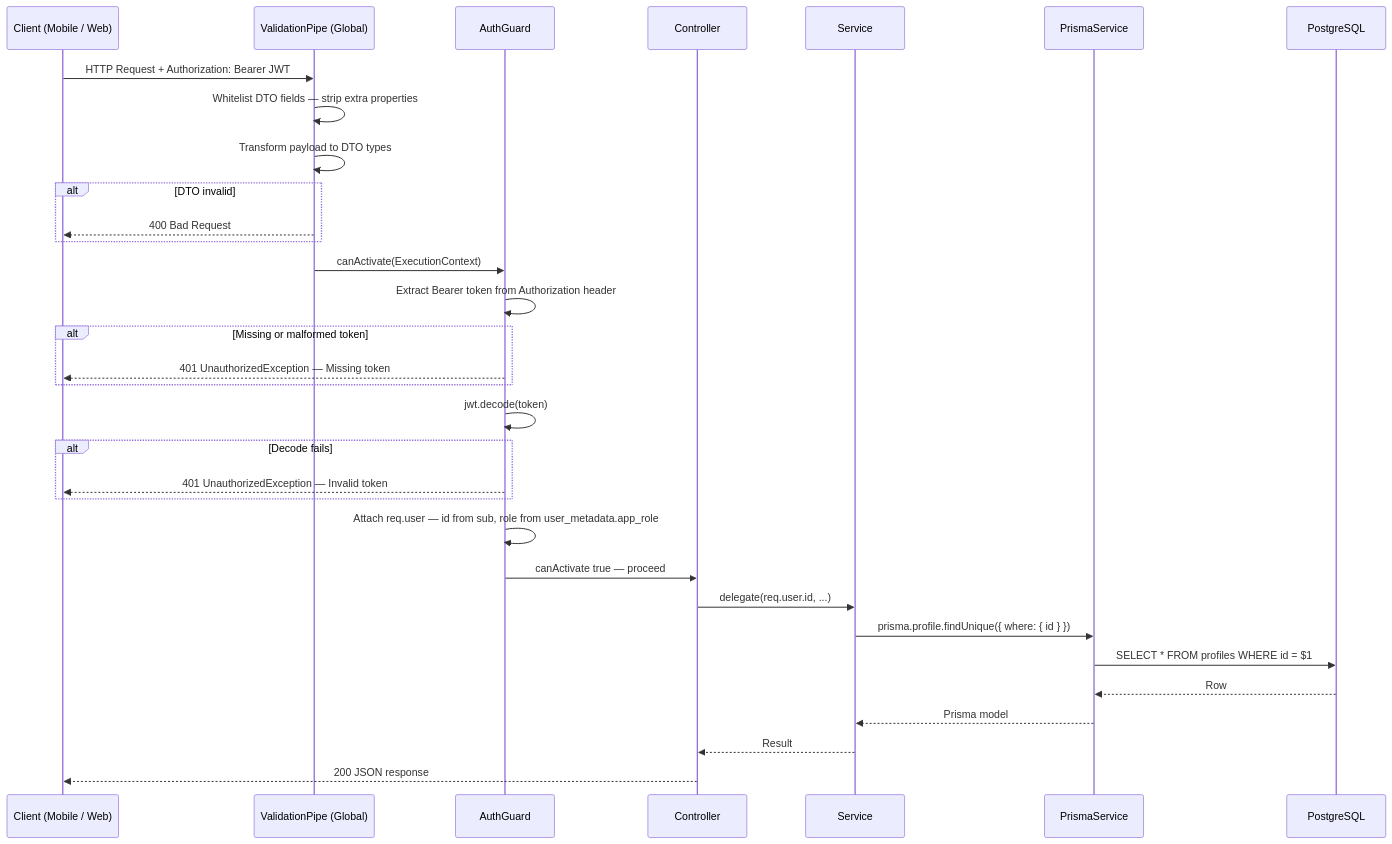
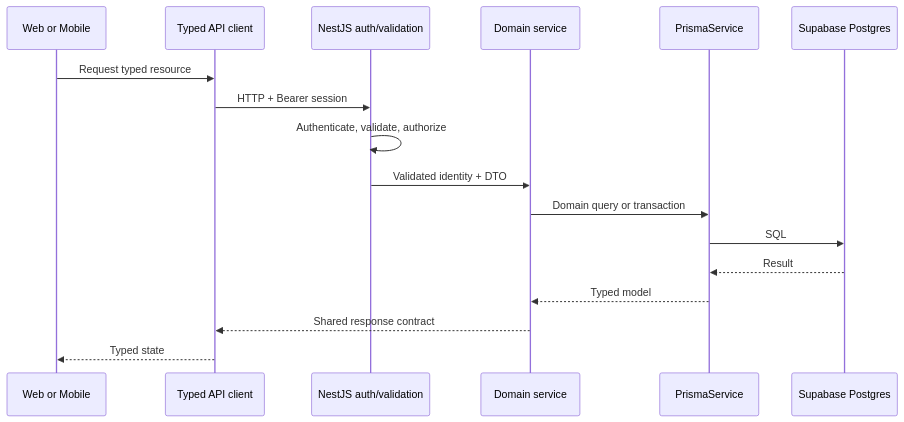
The fourth of 6 diagrams in docs/architecture/diagrams.md (heidisoft/iconicedu-monorepo), drawn with Mermaid before and after one commit. The commit also changed other lines of this file and 40 other files, not shown here.

````diff
--- a/docs/architecture/diagrams.md
+++ b/docs/architecture/diagrams.md
@@ -1407,43 +106,20 @@
 ```mermaid
 sequenceDiagram
-    participant C as Client (Mobile / Web)
-    participant VP as ValidationPipe (Global)
-    participant AG as AuthGuard
-    participant CTRL as Controller
-    participant SVC as Service
-    participant PS as PrismaService
-    participant DB as PostgreSQL
+  participant Client as Web or Mobile
+  participant HTTP as Typed API client
+  participant Guard as NestJS auth/validation
+  participant Service as Domain service
+  participant Prisma as PrismaService
+  participant DB as Supabase Postgres
 
-    C->>VP: HTTP Request + Authorization: Bearer JWT
-
-    VP->>VP: Whitelist DTO fields — strip extra properties
-    VP->>VP: Transform payload to DTO types
-
-    alt DTO invalid
-        VP-->>C: 400 Bad Request
-    end
-
-    VP->>AG: canActivate(ExecutionContext)
-    AG->>AG: Extract Bearer token from Authorization header
-
-    alt Missing or malformed token
-        AG-->>C: 401 UnauthorizedException — Missing token
-    end
-
-    AG->>AG: jwt.decode(token)
-
-    alt Decode fails
-        AG-->>C: 401 UnauthorizedException — Invalid token
-    end
-
-    AG->>AG: Attach req.user — id from sub, role from user_metadata.app_role
-    AG->>CTRL: canActivate true — proceed
-
-    CTRL->>SVC: delegate(req.user.id, ...)
-    SVC->>PS: prisma.profile.findUnique({ where: { id } })
-    PS->>DB: SELECT * FROM profiles WHERE id = $1
-    DB-->>PS: Row
-    PS-->>SVC: Prisma model
-    SVC-->>CTRL: Result
-    CTRL-->>C: 200 JSON response
+  Client->>HTTP: Request typed resource
+  HTTP->>Guard: HTTP + Bearer session
+  Guard->>Guard: Authenticate, validate, authorize
+  Guard->>Service: Validated identity + DTO
+  Service->>Prisma: Domain query or transaction
+  Prisma->>DB: SQL
+  DB-->>Prisma: Result
+  Prisma-->>Service: Typed model
+  Service-->>HTTP: Shared response contract
+  HTTP-->>Client: Typed state
 ```
````
